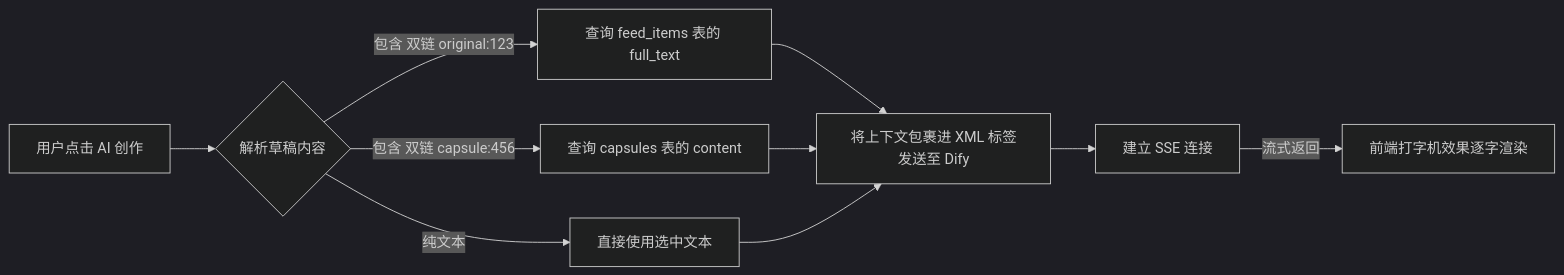
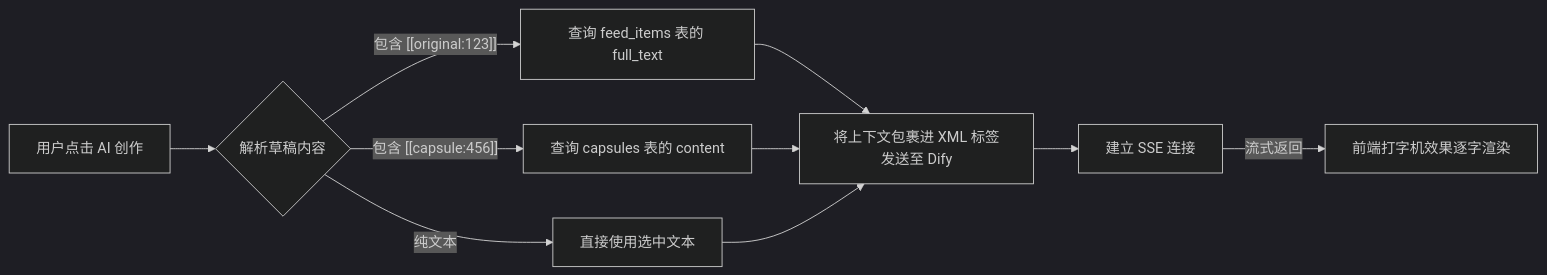
One commit to lisongjianustc/InsightGraph changed the fourth of 7 diagrams in Project_Documentation.md. Above: the diagram before and after it, drawn with Mermaid (dark theme). The commit also changed other lines of this file and 1 other file, not shown here.

Commit message:
docs: rigorously fix mermaid diagram parsing errors by enforcing strict string quoting for node IDs, edge labels, and subgraph titles

````diff
--- a/Project_Documentation.md
+++ b/Project_Documentation.md
@@ -167,14 +167,14 @@
 ```mermaid
 flowchart LR
-    A[用户点击 AI 创作] --> B{解析草稿内容}
-    B -->|包含 双链 original:123| C[查询 feed_items 表的 full_text]
-    B -->|包含 双链 capsule:456| D[查询 capsules 表的 content]
-    B -->|纯文本| E[直接使用选中文本]
+    A["用户点击 AI 创作"] --> B{"解析草稿内容"}
+    B -->|"包含 [[original:123]]"| C["查询 feed_items 表的 full_text"]
+    B -->|"包含 [[capsule:456]]"| D["查询 capsules 表的 content"]
+    B -->|"纯文本"| E["直接使用选中文本"]
     
-    C --> F[组装结构化 Prompt]
+    C --> F["组装结构化 Prompt"]
     D --> F
     E --> F
     
-    F[将上下文包裹进 XML 标签发送至 Dify] --> G[建立 SSE 连接]
-    G -->|流式返回| H[前端打字机效果逐字渲染]
+    F["将上下文包裹进 XML 标签发送至 Dify"] --> G["建立 SSE 连接"]
+    G -->|"流式返回"| H["前端打字机效果逐字渲染"]
 ```
````
